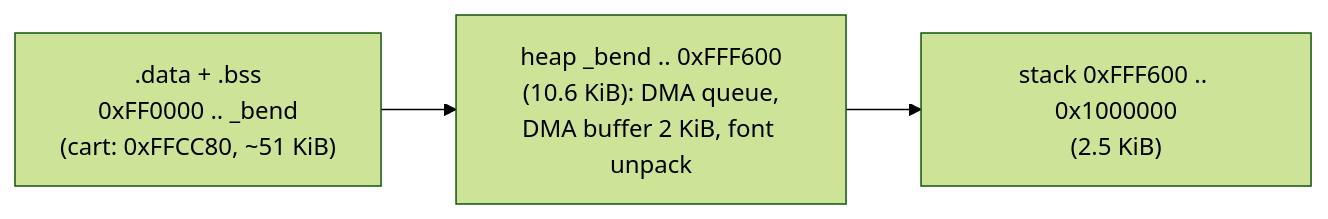
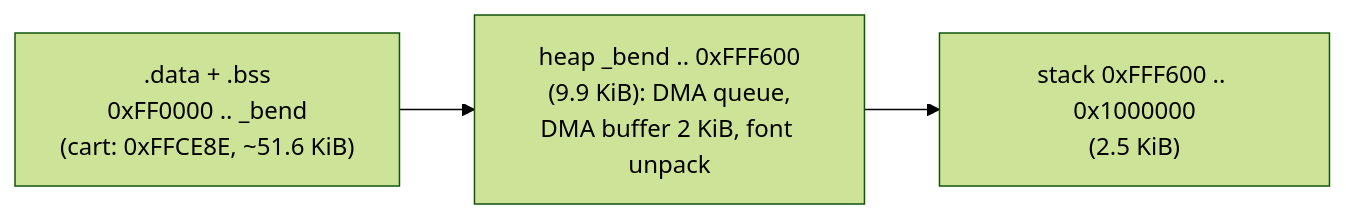
One commit to jfryman/mega-wifi-radar changed the diagram in lode/build/ram-budget.md. Above: the diagram before and after it, drawn with Mermaid (forest theme). The commit also changed 48 other files, not shown here.

````diff
--- a/lode/build/ram-budget.md
+++ b/lode/build/ram-budget.md
@@ -8,5 +8,5 @@
 ```mermaid
 flowchart LR
-  S[".data + .bss<br/>0xFF0000 .. _bend<br/>(cart: 0xFFCC80, ~51 KiB)"] --> H["heap _bend .. 0xFFF600<br/>(10.6 KiB): DMA queue,<br/>DMA buffer 2 KiB, font unpack"]
+  S[".data + .bss<br/>0xFF0000 .. _bend<br/>(cart: 0xFFCE8E, ~51.6 KiB)"] --> H["heap _bend .. 0xFFF600<br/>(9.9 KiB): DMA queue,<br/>DMA buffer 2 KiB, font unpack"]
   H --> K["stack 0xFFF600 .. 0x1000000<br/>(2.5 KiB)"]
 ```
````
